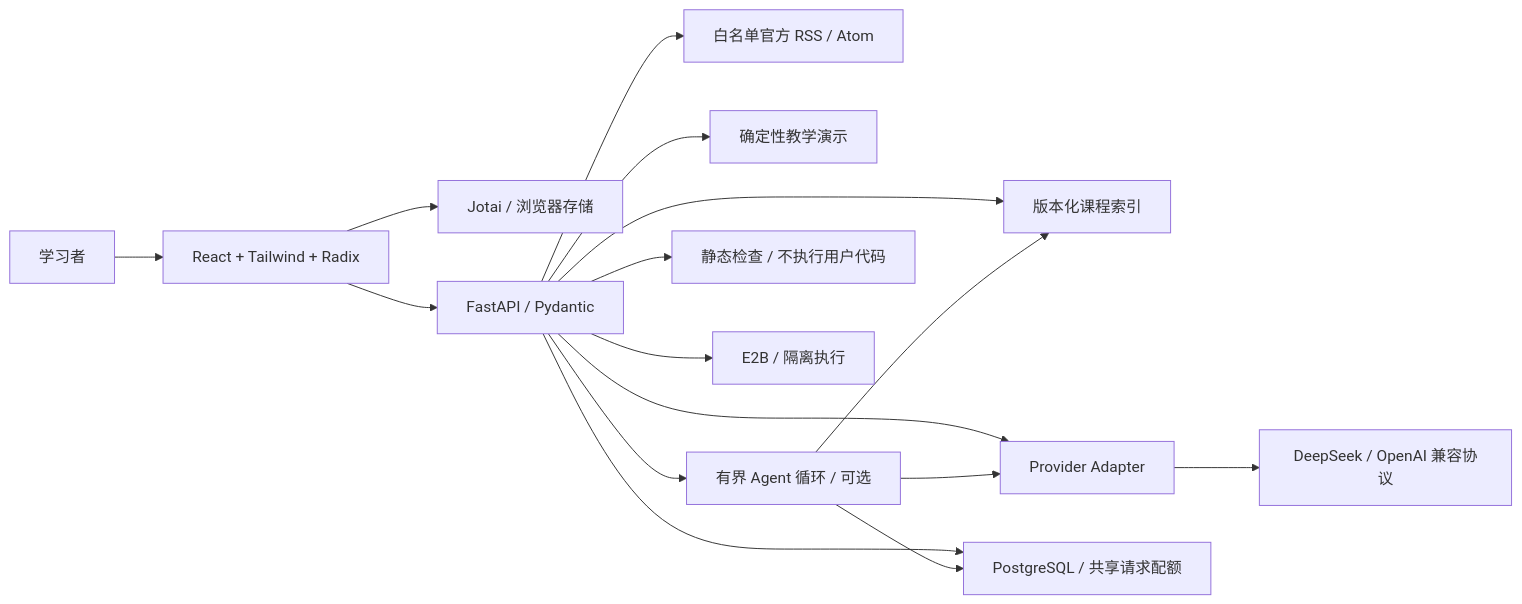
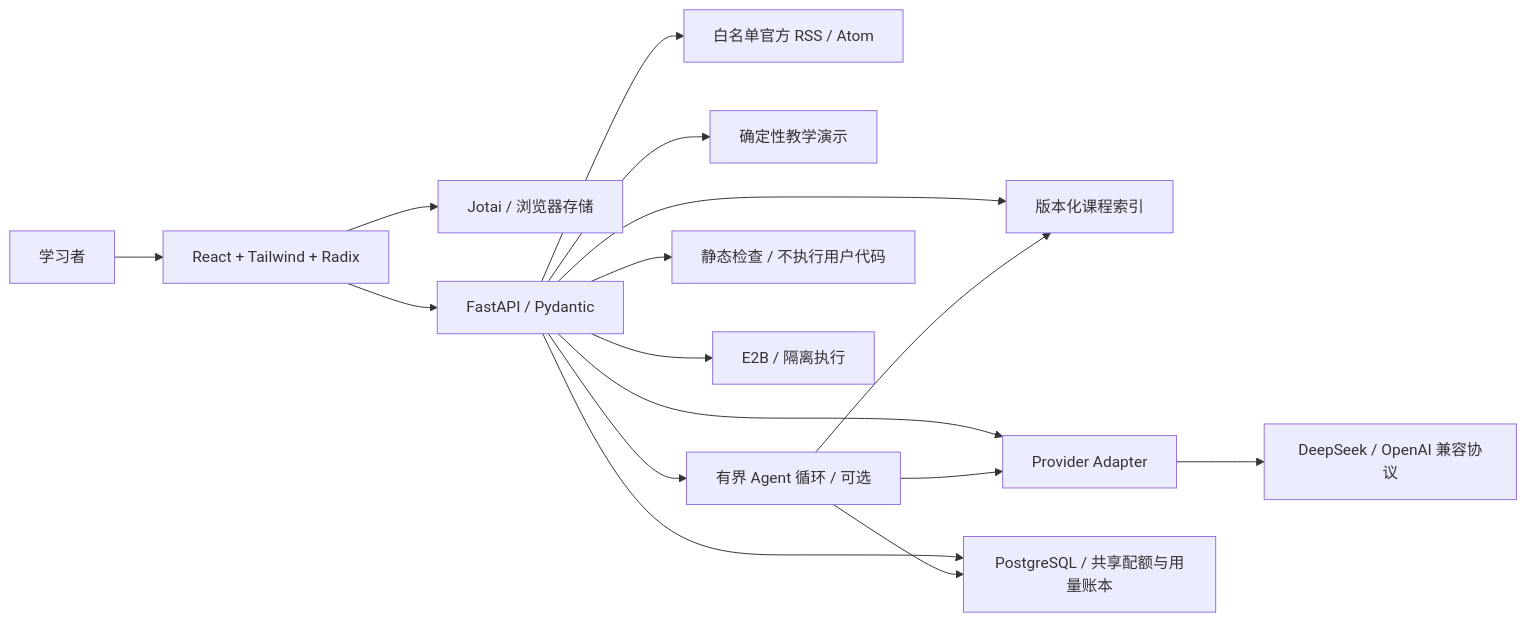
The diagram in docs/architecture.md (frontend-is-magic/deep-ai-station), drawn with Mermaid before and after one commit. The commit also changed other lines of this file and 7 other files, not shown here.

````diff
--- a/docs/architecture.md
+++ b/docs/architecture.md
@@ -5,18 +5,18 @@
 ```mermaid
 flowchart LR
   U[学习者] --> R[React + Tailwind + Radix]
   R --> J[Jotai / 浏览器存储]
   R --> API[FastAPI / Pydantic]
   API --> C[版本化课程索引]
   API --> F[白名单官方 RSS / Atom]
   API --> D[确定性教学演示]
   API --> P[Provider Adapter]
   API --> A[有界 Agent 循环 / 可选]
   A --> P
   A --> C
   P --> M[DeepSeek / OpenAI 兼容协议]
   API --> S[静态检查 / 不执行用户代码]
-  API --> Q[PostgreSQL / 共享请求配额]
+  API --> Q[PostgreSQL / 共享配额与用量账本]
   A --> Q
   API --> E[E2B / 隔离执行]
 ```
````
